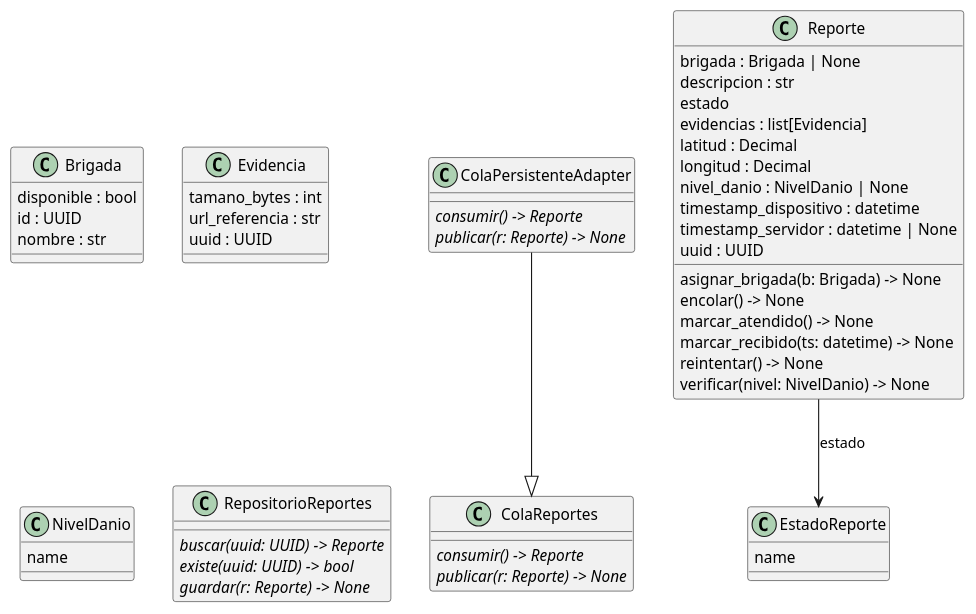
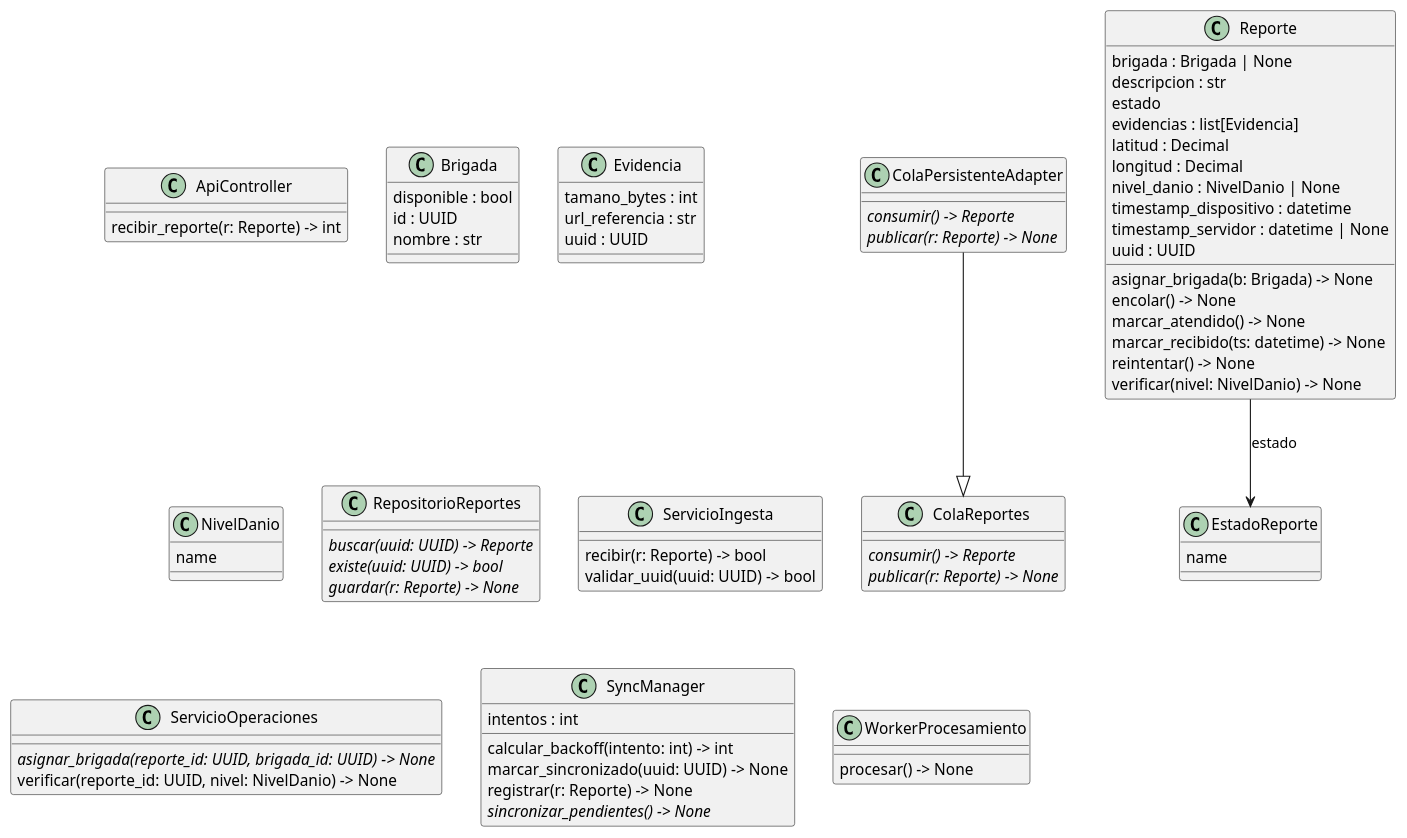
Before and after one commit to JosueClaudioQP/cs-2026b-lab04-SismoReportaAQP-: the diagram in docs/design/classes_reportes_pyreverse.puml, drawn with PlantUML. The commit also changed 33 other files, not shown here.

```diff
--- a/docs/design/classes_reportes_pyreverse.puml
+++ b/docs/design/classes_reportes_pyreverse.puml
@@ -1,52 +1,73 @@
 @startuml classes_reportes
 set namespaceSeparator none
+class "ApiController" as reportes.servicios.ApiController {
+  recibir_reporte(r: Reporte) -> int
+}
 class "Brigada" as reportes.dominio.Brigada {
   disponible : bool
   id : UUID
   nombre : str
 }
 class "ColaPersistenteAdapter" as reportes.dominio.ColaPersistenteAdapter {
   {abstract}consumir() -> Reporte
   {abstract}publicar(r: Reporte) -> None
 }
 class "ColaReportes" as reportes.dominio.ColaReportes {
   {abstract}consumir() -> Reporte
   {abstract}publicar(r: Reporte) -> None
 }
 class "EstadoReporte" as reportes.dominio.EstadoReporte {
   name
 }
 class "Evidencia" as reportes.dominio.Evidencia {
   tamano_bytes : int
   url_referencia : str
   uuid : UUID
 }
 class "NivelDanio" as reportes.dominio.NivelDanio {
   name
 }
 class "Reporte" as reportes.dominio.Reporte {
   brigada : Brigada | None
   descripcion : str
   estado
   evidencias : list[Evidencia]
   latitud : Decimal
   longitud : Decimal
   nivel_danio : NivelDanio | None
   timestamp_dispositivo : datetime
   timestamp_servidor : datetime | None
   uuid : UUID
   asignar_brigada(b: Brigada) -> None
   encolar() -> None
   marcar_atendido() -> None
   marcar_recibido(ts: datetime) -> None
   reintentar() -> None
   verificar(nivel: NivelDanio) -> None
 }
 class "RepositorioReportes" as reportes.dominio.RepositorioReportes {
   {abstract}buscar(uuid: UUID) -> Reporte
   {abstract}existe(uuid: UUID) -> bool
   {abstract}guardar(r: Reporte) -> None
 }
+class "ServicioIngesta" as reportes.servicios.ServicioIngesta {
+  recibir(r: Reporte) -> bool
+  validar_uuid(uuid: UUID) -> bool
+}
+class "ServicioOperaciones" as reportes.servicios.ServicioOperaciones {
+  {abstract}asignar_brigada(reporte_id: UUID, brigada_id: UUID) -> None
+  verificar(reporte_id: UUID, nivel: NivelDanio) -> None
+}
+class "SyncManager" as reportes.servicios.SyncManager {
+  intentos : int
+  calcular_backoff(intento: int) -> int
+  marcar_sincronizado(uuid: UUID) -> None
+  registrar(r: Reporte) -> None
+  {abstract}sincronizar_pendientes() -> None
+}
+class "WorkerProcesamiento" as reportes.servicios.WorkerProcesamiento {
+  procesar() -> None
+}
 reportes.dominio.ColaPersistenteAdapter --|> reportes.dominio.ColaReportes
 reportes.dominio.Reporte --> reportes.dominio.EstadoReporte : estado
 @enduml
```
